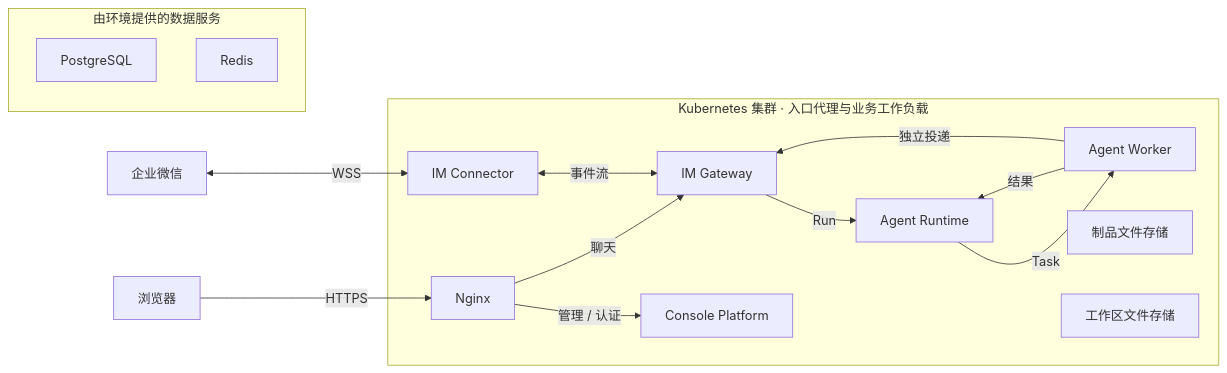
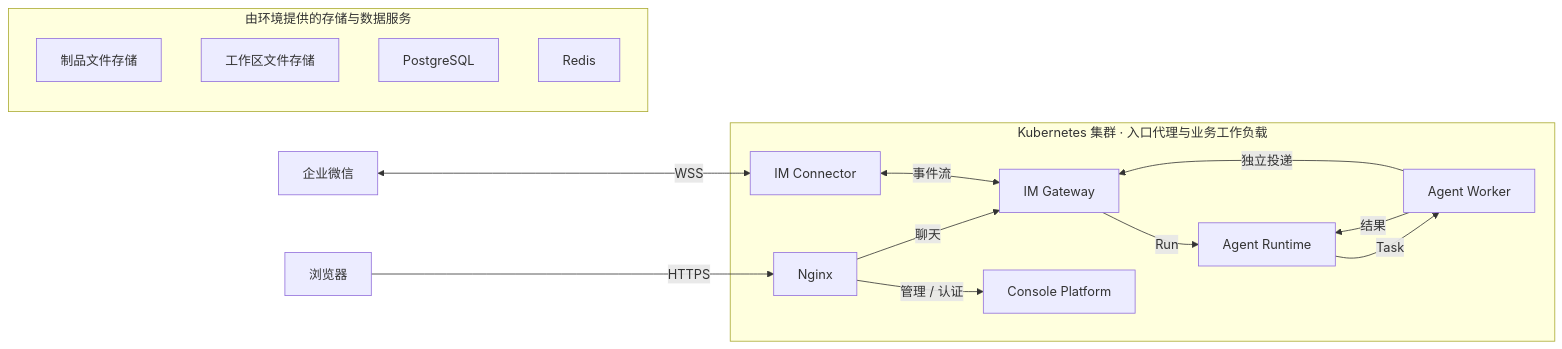
The diagram in docs/01-总体设计图/部署拓扑.mmd (Michaelxwb/fluxion-harness), drawn with Mermaid before and after one commit. The commit also changed 62 other files, not shown here.

```diff
--- a/docs/01-总体设计图/部署拓扑.mmd
+++ b/docs/01-总体设计图/部署拓扑.mmd
@@ -1,26 +1,26 @@
 flowchart LR
   subgraph cluster["Kubernetes 集群 · 入口代理与业务工作负载"]
     nginx["Nginx"]
     gateway["IM Gateway"]
     runtime["Agent Runtime"]
     worker["Agent Worker"]
     console["Console Platform"]
     connector["IM Connector"]
+  end
+  subgraph data-services["由环境提供的存储与数据服务"]
     artifact-pvc["制品文件存储"]
     workspace-pvc["工作区文件存储"]
-  end
-  subgraph data-services["由环境提供的数据服务"]
     postgres["PostgreSQL"]
     redis["Redis"]
   end
   browser["浏览器"]
   wecom["企业微信"]
   browser -->|"HTTPS"| nginx
   nginx -->|"聊天"| gateway
   nginx -->|"管理 / 认证"| console
   gateway -->|"Run"| runtime
   runtime -->|"Task"| worker
   worker -->|"结果"| runtime
   worker -->|"独立投递"| gateway
   wecom <-->|"WSS"| connector
   connector <-->|"事件流"| gateway
```
